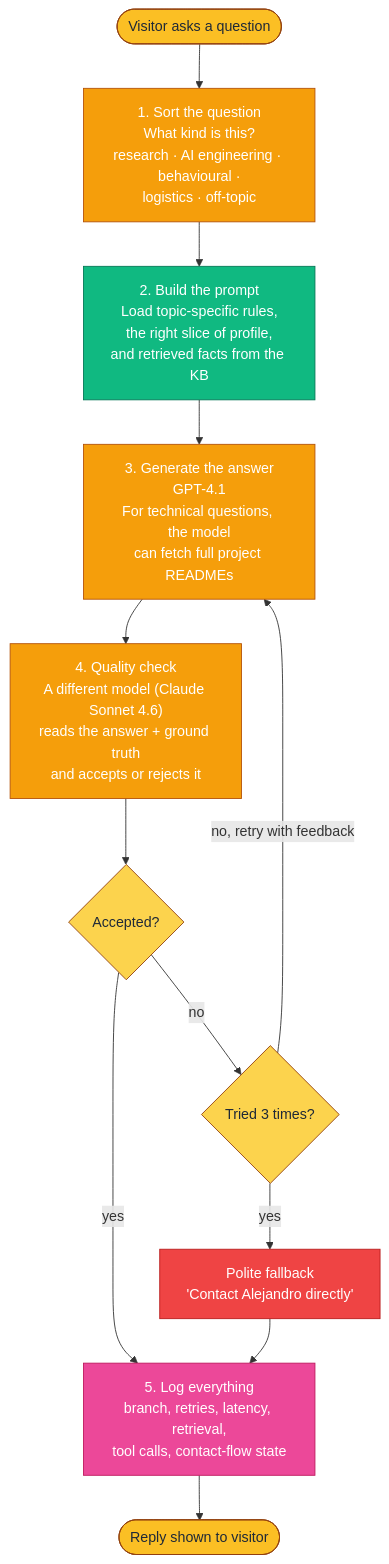
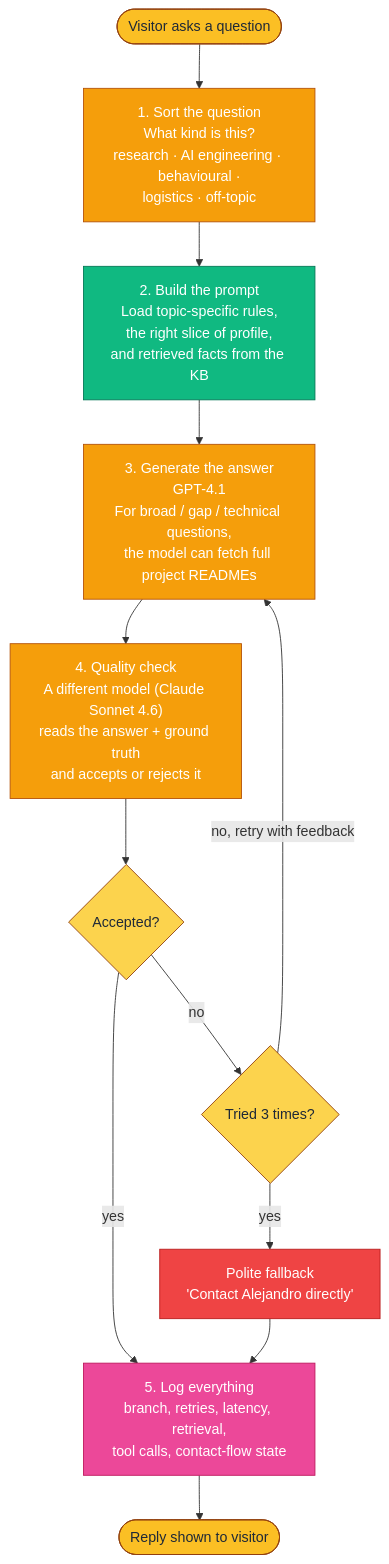
One commit to AlejandroFuentePinero/digital-twin changed the first of 2 diagrams in README.md. Above: the diagram before and after it, drawn with Mermaid. The commit also changed other lines of this file and 15 other files, not shown here.

````diff
--- a/README.md
+++ b/README.md
@@ -36,22 +36,22 @@
 ```mermaid
 flowchart TD
     classDef llm fill:#f59e0b,stroke:#b45309,color:#ffffff
     classDef pure fill:#10b981,stroke:#047857,color:#ffffff
     classDef decision fill:#fcd34d,stroke:#92400e,color:#1f2937
     classDef sideEffect fill:#ec4899,stroke:#be185d,color:#ffffff
     classDef refusal fill:#ef4444,stroke:#b91c1c,color:#ffffff
     classDef io fill:#fbbf24,stroke:#92400e,color:#1f2937
 
     USER([Visitor asks a question]):::io
     USER --> CLASSIFY["1. Sort the question<br/>What kind is this?<br/>research · AI engineering · behavioural ·<br/>logistics · off-topic"]:::llm
     CLASSIFY --> COMPOSE["2. Build the prompt<br/>Load topic-specific rules,<br/>the right slice of profile,<br/>and retrieved facts from the KB"]:::pure
-    COMPOSE --> GENERATE["3. Generate the answer<br/>GPT-4.1<br/>For technical questions, the model<br/>can fetch full project READMEs"]:::llm
+    COMPOSE --> GENERATE["3. Generate the answer<br/>GPT-4.1<br/>For broad / gap / technical questions,<br/>the model can fetch full project READMEs"]:::llm
     GENERATE --> GUARD["4. Quality check<br/>A different model (Claude Sonnet 4.6)<br/>reads the answer + ground truth<br/>and accepts or rejects it"]:::llm
     GUARD --> ACCEPT{Accepted?}:::decision
     ACCEPT -->|yes| LOG["5. Log everything<br/>branch, retries, latency, retrieval,<br/>tool calls, contact-flow state"]:::sideEffect
     ACCEPT -->|no| RETRY{Tried 3 times?}:::decision
     RETRY -->|no, retry with feedback| GENERATE
     RETRY -->|yes| FALLBACK["Polite fallback<br/>'Contact Alejandro directly'"]:::refusal
     FALLBACK --> LOG
     LOG --> REPLY([Reply shown to visitor]):::io
 ```
````
